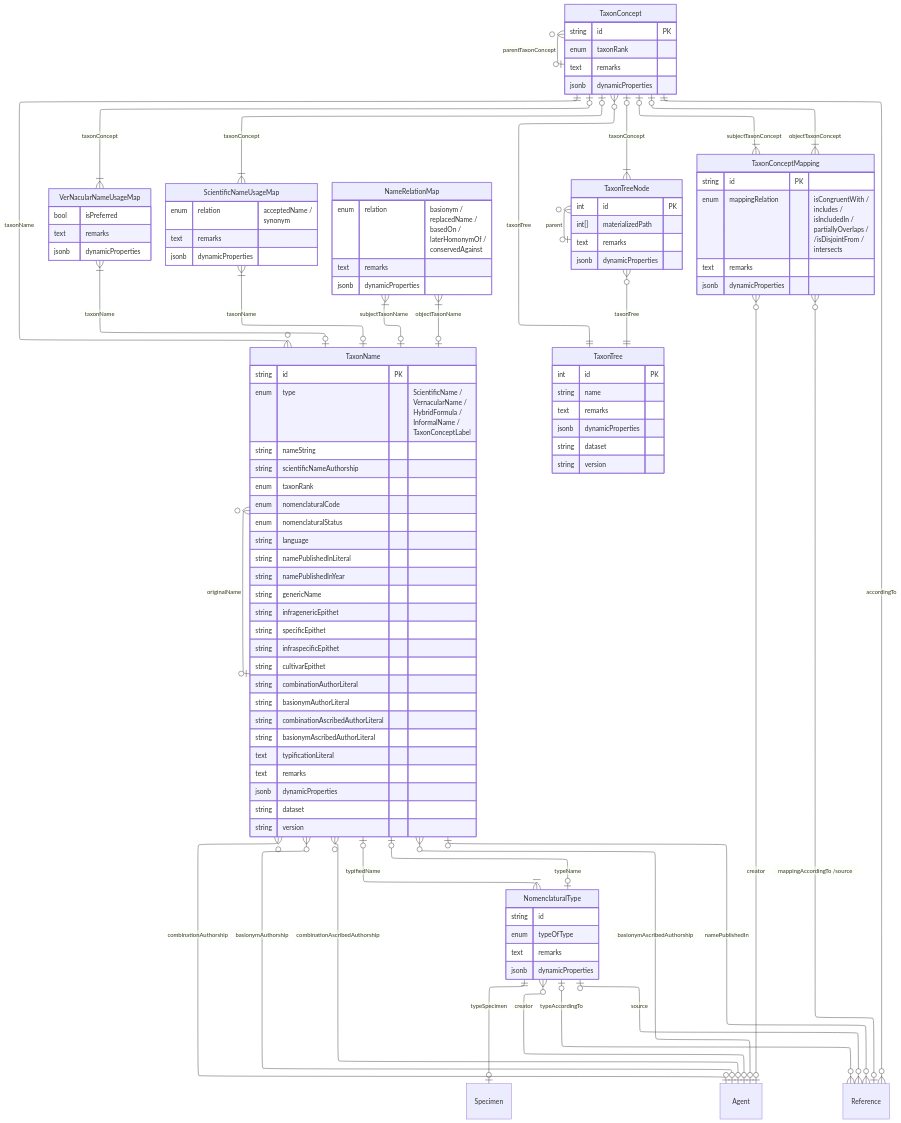
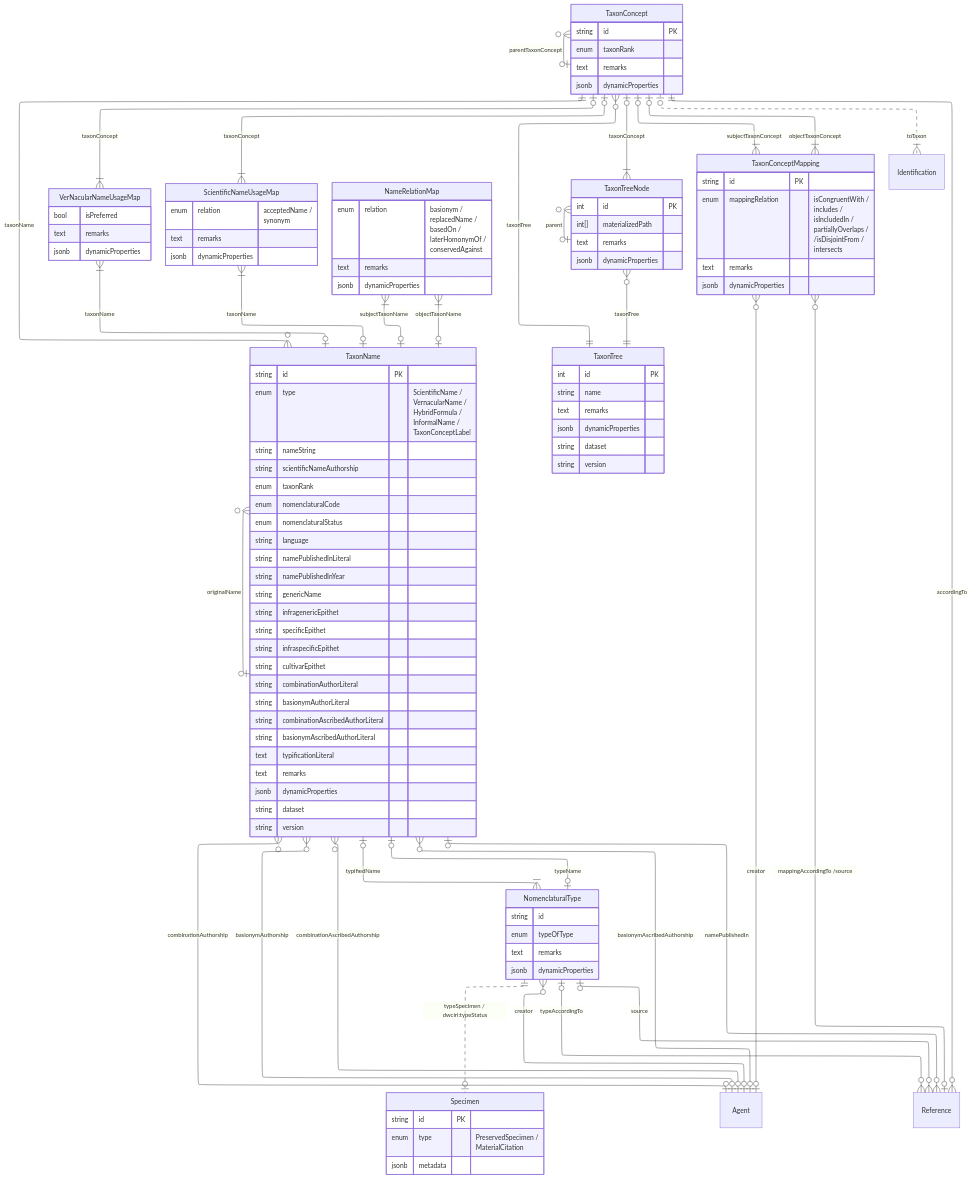
One commit to vicflora/vicflora-docs changed the diagram in source/_mermaid/tcs-dp.mmd. Above: the diagram before and after it, drawn with Mermaid.

Commit message:
Commit uncommitted  changes before deployment

```diff
--- a/source/_mermaid/tcs-dp.mmd
+++ b/source/_mermaid/tcs-dp.mmd
@@ -1,119 +1,127 @@
 ---
 config:
     layout: elk
 ---
 erDiagram
     TaxonConcept }o--o| TaxonConcept : "parentTaxonConcept"
     TaxonConcept ||--o{ TaxonName : "taxonName"
     TaxonConcept |o--|{ VerNacularNameUsageMap : "taxonConcept"
     VerNacularNameUsageMap }|--o| TaxonName : "taxonName"
     TaxonConcept |o--|{ ScientificNameUsageMap : "taxonConcept"
     ScientificNameUsageMap }|--o| TaxonName : "taxonName"
     TaxonName }o--o| TaxonName : "originalName"
     TaxonName |o--|{ NameRelationMap : "subjectTaxonName"
     NameRelationMap }|--o| TaxonName : "objectTaxonName"
     TaxonConcept }o--|| TaxonTree : "taxonTree"
     TaxonConcept |o--|{ TaxonTreeNode : "taxonConcept"
     TaxonTreeNode }o--o| TaxonTreeNode : "parent"
     TaxonTreeNode }o--|| TaxonTree : "taxonTree" 
     TaxonName |o--|{ NomenclaturalType : "typifiedName"
     NomenclaturalType |o--o| TaxonName : "typeName"
-    NomenclaturalType ||--o| Specimen : "typeSpecimen"
+    NomenclaturalType ||..o| Specimen : "typeSpecimen / dwciri:typeStatus"
     TaxonConcept |o--|{ TaxonConceptMapping : subjectTaxonConcept
     TaxonConceptMapping }|--o| TaxonConcept : objectTaxonConcept
+
+    TaxonConcept |o..|{ Identification : "toTaxon"
 
     TaxonName }o--o| Agent : combinationAuthorship
     TaxonName }o--o| Agent : basionymAuthorship
     TaxonName }o--o| Agent : combinationAscribedAuthorship
     TaxonName }o--o| Agent : basionymAscribedAuthorship
 
     TaxonConcept ||--o{ Reference : accordingTo
     TaxonConceptMapping }o--o| Reference : "mappingAccordingTo /source"
     TaxonName |o--o{ Reference : namePublishedIn
     NomenclaturalType |o--o{ Reference : typeAccordingTo
     NomenclaturalType |o--o{ Reference : source
 
     TaxonConceptMapping }o--o| Agent : creator
     NomenclaturalType }o--o| Agent : creator
 
     TaxonConcept {
         string id PK
         enum taxonRank
         text remarks
         jsonb dynamicProperties
     }
 
     TaxonName {
         string id PK
         enum type "ScientificName /<br>VernacularName /<br>HybridFormula /<br>InformalName /<br>TaxonConceptLabel"
         string nameString
         string scientificNameAuthorship
         enum taxonRank
         enum nomenclaturalCode
         enum nomenclaturalStatus
         string language
         string namePublishedInLiteral
         string namePublishedInYear
         string genericName
         string infragenericEpithet
         string specificEpithet
         string infraspecificEpithet
         string cultivarEpithet
         string combinationAuthorLiteral
         string basionymAuthorLiteral
         string combinationAscribedAuthorLiteral
         string basionymAscribedAuthorLiteral
         text typificationLiteral
         text remarks
         jsonb dynamicProperties
         string dataset
         string version
     }
 
     ScientificNameUsageMap {
         enum relation "acceptedName /<br>synonym"
         text remarks
         jsonb dynamicProperties
     }
 
     NameRelationMap {
         enum relation "basionym /<br>replacedName /<br>basedOn /<br>laterHomonymOf /<br>conservedAgainst"
         text remarks
         jsonb dynamicProperties
     }
 
     TaxonTreeNode {
         int id PK
         int[] materializedPath
         text remarks
         jsonb dynamicProperties
     }
 
     TaxonTree {
         int id PK
         string name
         text remarks
         jsonb dynamicProperties
         string dataset
         string version
     }
 
     TaxonConceptMapping {
         string id PK
         enum mappingRelation "isCongruentWith /<br>includes /<br>isIncludedIn /<br>partiallyOverlaps /<br>/isDisjointFrom /<br>intersects"
         text remarks
         jsonb dynamicProperties
     }
 
     NomenclaturalType {
         string id
         enum typeOfType
         text remarks
         jsonb dynamicProperties
     }
 
     VerNacularNameUsageMap {
         bool isPreferred
         text remarks
         jsonb dynamicProperties
     }
+
+    Specimen {
+        string id PK
+        enum type "PreservedSpecimen /<br>MaterialCitation"
+        jsonb metadata
+    }
```
